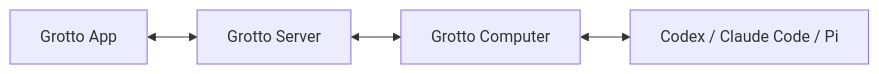
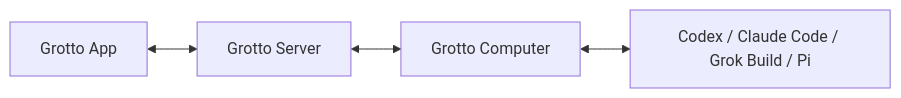
The diagram in docs/internals/architecture-overview.md (zknicker/grotto), drawn with Mermaid before and after one commit. The commit also changed other lines of this file and 4 other files, not shown here.

Commit message:
docs(computer): document Grok Build runtime

````diff
--- a/docs/internals/architecture-overview.md
+++ b/docs/internals/architecture-overview.md
@@ -12,6 +12,6 @@
 ```mermaid
 flowchart LR
   app["Grotto App"] <--> server["Grotto Server"]
   server <--> computer["Grotto Computer"]
-  computer <--> runtimes["Codex / Claude Code / Pi"]
+  computer <--> runtimes["Codex / Claude Code / Grok Build / Pi"]
 ```
````
